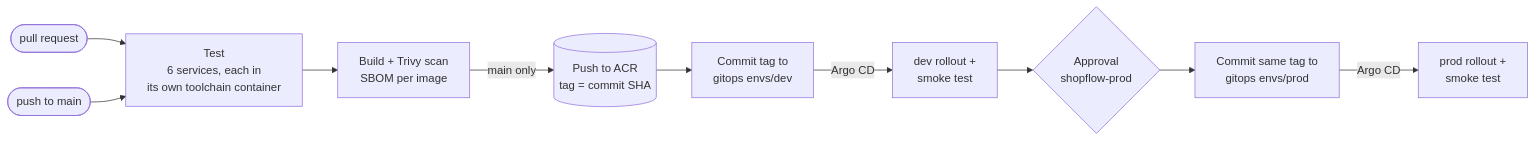
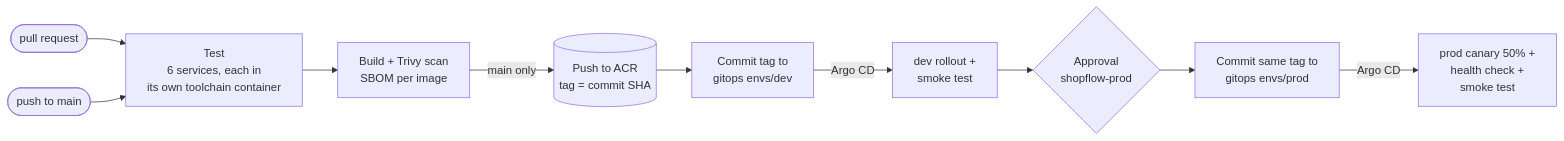
One commit to kirthikesh/shopflow changed the second of 2 diagrams in app/README.md. Above: the diagram before and after it, drawn with Mermaid. The commit also changed other lines of this file and 3 other files, not shown here.

````diff
--- a/app/README.md
+++ b/app/README.md
@@ -110,12 +112,12 @@
 ```mermaid
 flowchart LR
     PR([pull request]) --> T
     MAIN([push to main]) --> T
     T[Test<br/>6 services, each in<br/>its own toolchain container] --> B[Build + Trivy scan<br/>SBOM per image]
     B -->|main only| P[(Push to ACR<br/>tag = commit SHA)]
     P --> D[Commit tag to<br/>gitops envs/dev]
     D -->|Argo CD| DS[dev rollout +<br/>smoke test]
     DS --> A{Approval<br/>shopflow-prod}
     A --> PR2[Commit same tag to<br/>gitops envs/prod]
-    PR2 -->|Argo CD| PS[prod rollout +<br/>smoke test]
+    PR2 -->|Argo CD| PS[prod canary 50% +<br/>health check +<br/>smoke test]
 ```
````
